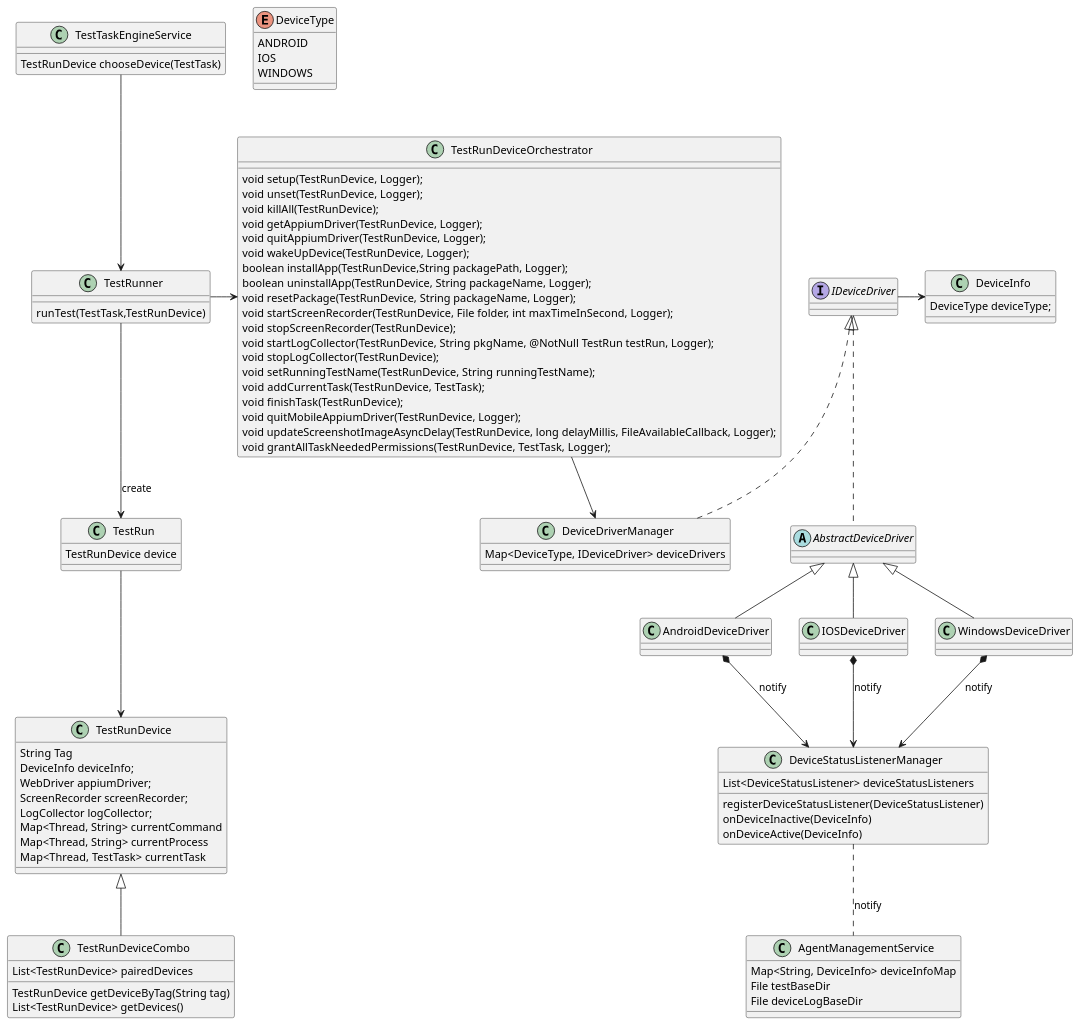
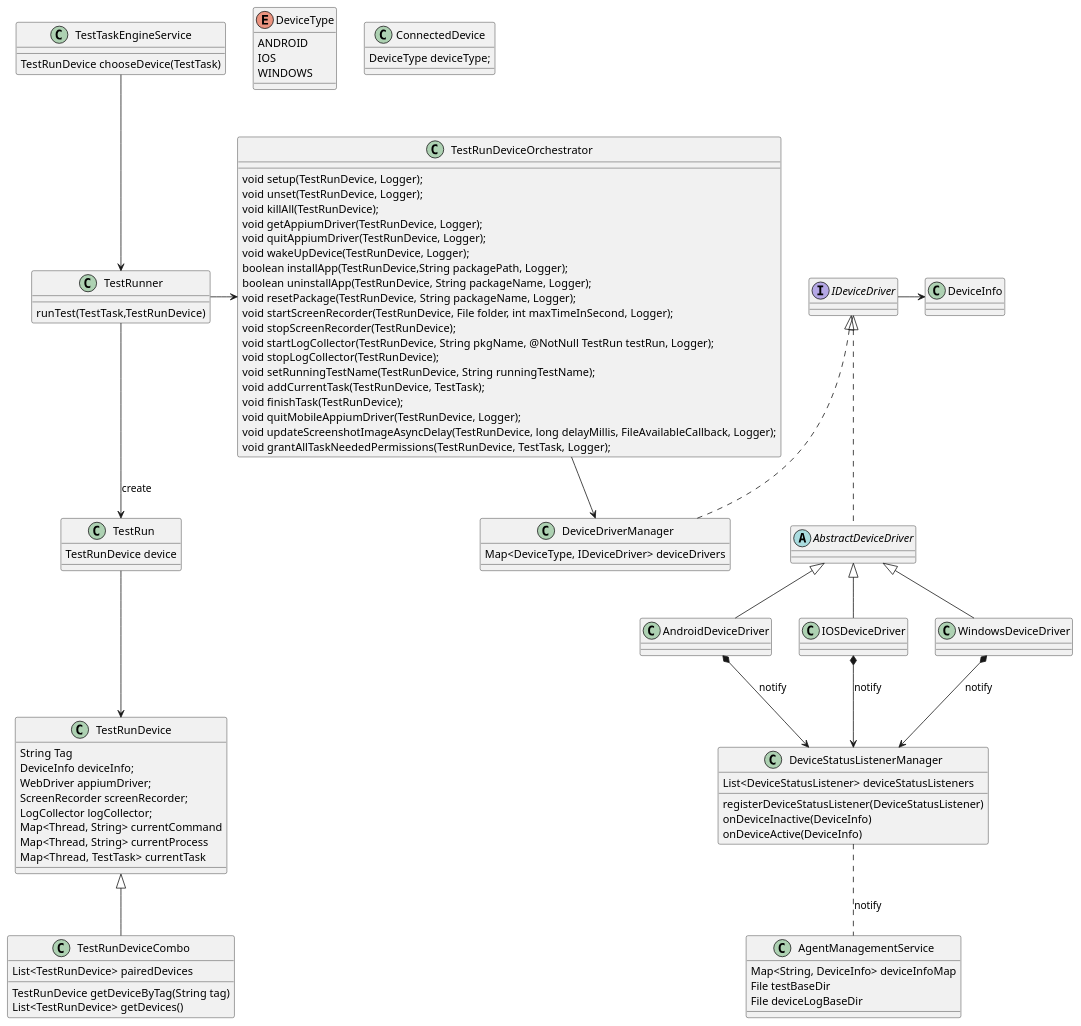
Before and after one commit to microsoft/HydraLab: the first of 2 diagrams in agent/doc/UML/agent_device_management_design.puml, drawn with PlantUML.

```diff
--- a/agent/doc/UML/agent_device_management_design.puml
+++ b/agent/doc/UML/agent_device_management_design.puml
@@ -1,101 +1,101 @@
 @startuml
 'https://plantuml.com/class-diagram
 enum DeviceType{
     ANDROID
     IOS
     WINDOWS
 }
 
-class DeviceInfo{
+class ConnectedDevice{
     DeviceType deviceType;
 }
 
 class AgentManagementService {
     Map<String, DeviceInfo> deviceInfoMap
     File testBaseDir
     File deviceLogBaseDir
 }
 class DeviceStatusListenerManager{
     List<DeviceStatusListener> deviceStatusListeners
     registerDeviceStatusListener(DeviceStatusListener)
     onDeviceInactive(DeviceInfo)
     onDeviceActive(DeviceInfo)
 }
 class TestTaskEngineService{
     TestRunDevice chooseDevice(TestTask)
 }
 
 
 class DeviceInfo
 
 class TestRunDeviceOrchestrator{
     void setup(TestRunDevice, Logger);
     void unset(TestRunDevice, Logger);
     void killAll(TestRunDevice);
     void getAppiumDriver(TestRunDevice, Logger);
     void quitAppiumDriver(TestRunDevice, Logger);
     void wakeUpDevice(TestRunDevice, Logger);
     boolean installApp(TestRunDevice,String packagePath, Logger);
     boolean uninstallApp(TestRunDevice, String packageName, Logger);
     void resetPackage(TestRunDevice, String packageName, Logger);
     void startScreenRecorder(TestRunDevice, File folder, int maxTimeInSecond, Logger);
     void stopScreenRecorder(TestRunDevice);
     void startLogCollector(TestRunDevice, String pkgName, @NotNull TestRun testRun, Logger);
     void stopLogCollector(TestRunDevice);
     void setRunningTestName(TestRunDevice, String runningTestName);
     void addCurrentTask(TestRunDevice, TestTask);
     void finishTask(TestRunDevice);
     void quitMobileAppiumDriver(TestRunDevice, Logger);
     void updateScreenshotImageAsyncDelay(TestRunDevice, long delayMillis, FileAvailableCallback, Logger);
     void grantAllTaskNeededPermissions(TestRunDevice, TestTask, Logger);
 }
 
 
 class TestRunDevice{
     String Tag
     DeviceInfo deviceInfo;
     WebDriver appiumDriver;
     ScreenRecorder screenRecorder;
     LogCollector logCollector;
     Map<Thread, String> currentCommand
     Map<Thread, String> currentProcess
     Map<Thread, TestTask> currentTask
 }
 
 class TestRunDeviceCombo extends TestRunDevice{
     List<TestRunDevice> pairedDevices
     TestRunDevice getDeviceByTag(String tag)
     List<TestRunDevice> getDevices()
 }
 Class TestRun{
     TestRunDevice device
 }
 class TestRunner{
     runTest(TestTask,TestRunDevice)
 }
 
 interface IDeviceDriver
 class DeviceDriverManager implements IDeviceDriver{
     Map<DeviceType, IDeviceDriver> deviceDrivers
 }
 abstract class AbstractDeviceDriver implements IDeviceDriver
 class AndroidDeviceDriver extends AbstractDeviceDriver
 class IOSDeviceDriver   extends AbstractDeviceDriver
 class WindowsDeviceDriver extends AbstractDeviceDriver
 
 TestRunner --> TestRun : create
 TestRun ---> TestRunDevice
 TestRunner -r--> TestRunDeviceOrchestrator
 
 TestRunDeviceOrchestrator --> DeviceDriverManager
 
 TestTaskEngineService --> TestRunner
 
 IDeviceDriver -> DeviceInfo
 AndroidDeviceDriver *--> DeviceStatusListenerManager : notify
 IOSDeviceDriver *--> DeviceStatusListenerManager : notify
 WindowsDeviceDriver *--> DeviceStatusListenerManager : notify
 
 DeviceStatusListenerManager .. AgentManagementService : notify
 
 @enduml
```
